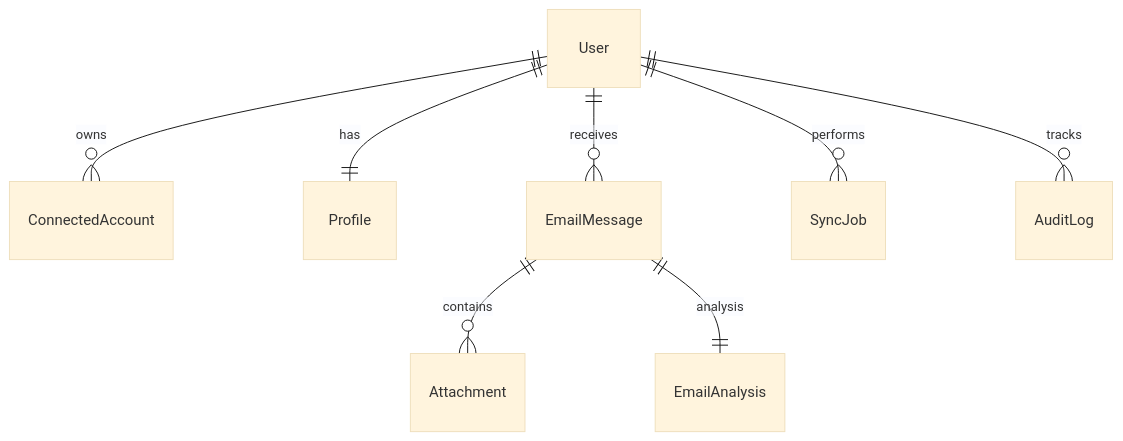
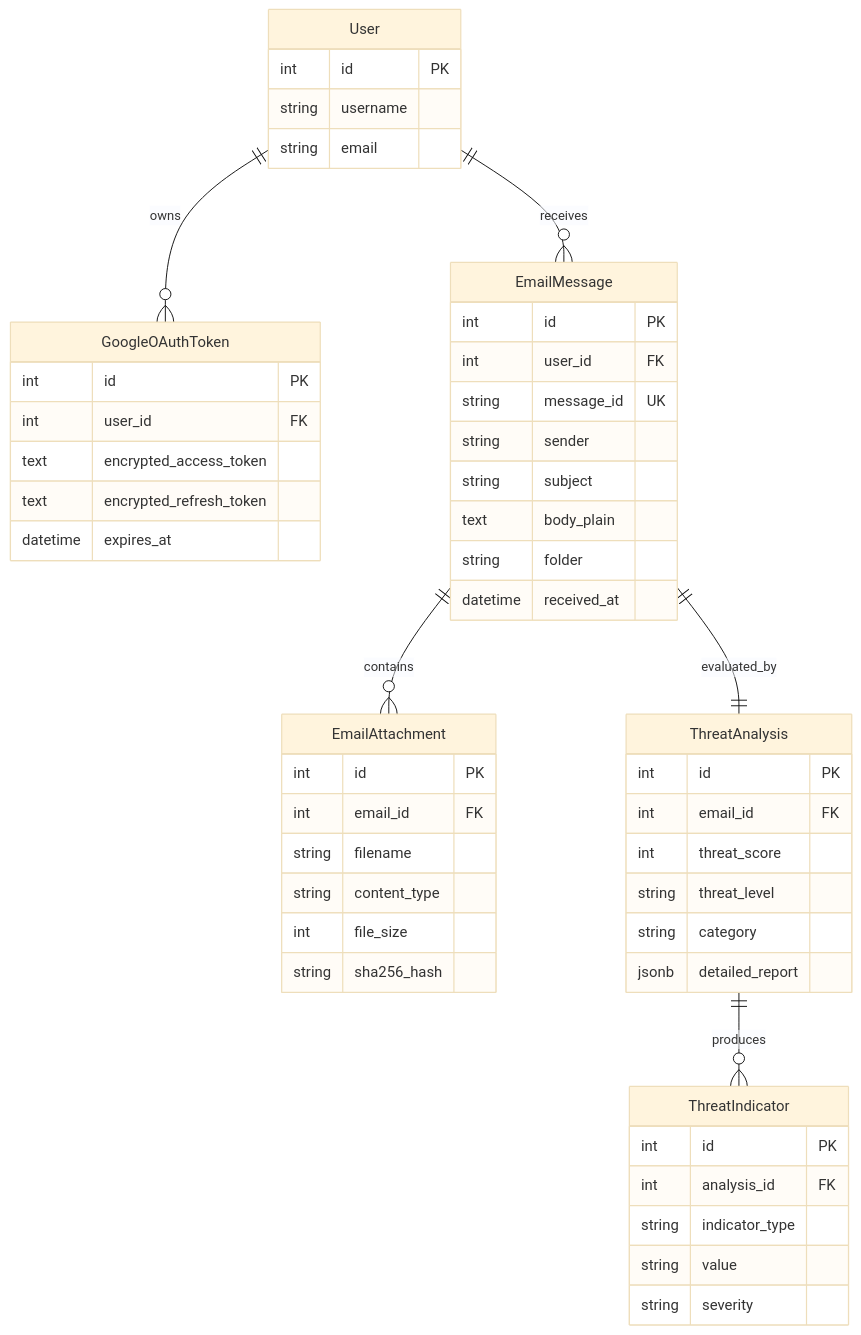
The second of 2 diagrams in SECUREMAIL_MASTER_DOCUMENTATION.md (YuvrajSingh-21/SecureMail), drawn with Mermaid (base theme) before and after one commit. The commit also changed other lines of this file and 85 other files, not shown here.

````diff
--- a/SECUREMAIL_MASTER_DOCUMENTATION.md
+++ b/SECUREMAIL_MASTER_DOCUMENTATION.md
@@ -75,10 +108,59 @@
 ```mermaid
 erDiagram
-    User ||--o{ ConnectedAccount : owns
-    User ||--|| Profile : has
+    User ||--o{ GoogleOAuthToken : owns
     User ||--o{ EmailMessage : receives
-    EmailMessage ||--o{ Attachment : contains
-    EmailMessage ||--|| EmailAnalysis : analysis
-    User ||--o{ SyncJob : performs
-    User ||--o{ AuditLog : tracks
+    EmailMessage ||--o{ EmailAttachment : contains
+    EmailMessage ||--|| ThreatAnalysis : evaluated_by
+    ThreatAnalysis ||--o{ ThreatIndicator : produces
+
+    User {
+        int id PK
+        string username
+        string email
+    }
+
+    GoogleOAuthToken {
+        int id PK
+        int user_id FK
+        text encrypted_access_token
+        text encrypted_refresh_token
+        datetime expires_at
+    }
+
+    EmailMessage {
+        int id PK
+        int user_id FK
+        string message_id UK
+        string sender
+        string subject
+        text body_plain
+        string folder
+        datetime received_at
+    }
+
+    EmailAttachment {
+        int id PK
+        int email_id FK
+        string filename
+        string content_type
+        int file_size
+        string sha256_hash
+    }
+
+    ThreatAnalysis {
+        int id PK
+        int email_id FK
+        int threat_score
+        string threat_level
+        string category
+        jsonb detailed_report
+    }
+
+    ThreatIndicator {
+        int id PK
+        int analysis_id FK
+        string indicator_type
+        string value
+        string severity
+    }
 ```
````
